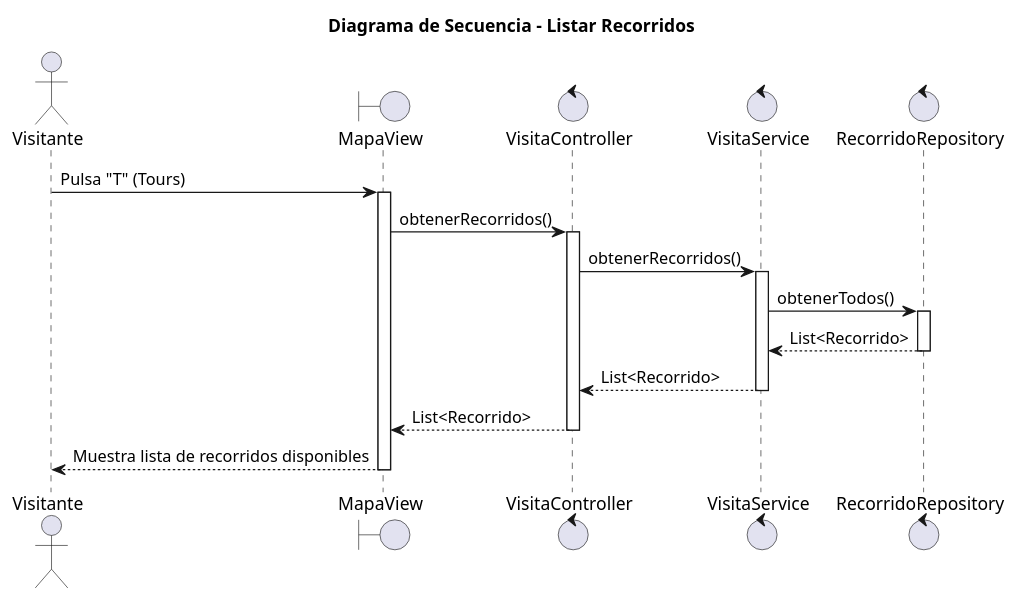
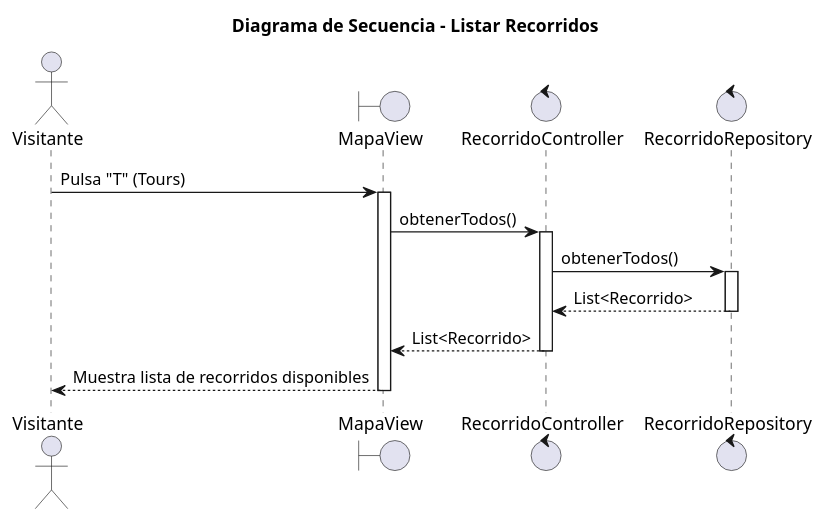
Before and after one commit to mmasias/25-26-idsw2-sdVC: the diagram in modelosUML/02-diseño/01-Visitante/listarRecorridos/secuencia.puml, drawn with PlantUML. The commit also changed 16 other files, not shown here.

```diff
--- a/modelosUML/02-diseño/01-Visitante/listarRecorridos/secuencia.puml
+++ b/modelosUML/02-diseño/01-Visitante/listarRecorridos/secuencia.puml
@@ -1,27 +1,22 @@
 @startuml
 title "Diagrama de Secuencia - Listar Recorridos"
 
 actor "Visitante" as visitor
 boundary "MapaView" as view
-control "VisitaController" as controller
-control "VisitaService" as service
+control "RecorridoController" as controller
 control "RecorridoRepository" as repository
 
 visitor -> view: Pulsa "T" (Tours)
 activate view
-view -> controller: obtenerRecorridos()
+view -> controller: obtenerTodos()
 activate controller
-controller -> service: obtenerRecorridos()
-activate service
-service -> repository: obtenerTodos()
+controller -> repository: obtenerTodos()
 activate repository
-repository --> service: List<Recorrido>
+repository --> controller: List<Recorrido>
 deactivate repository
-service --> controller: List<Recorrido>
-deactivate service
 controller --> view: List<Recorrido>
 deactivate controller
 view --> visitor: Muestra lista de recorridos disponibles
 deactivate view
 
 @enduml
```
